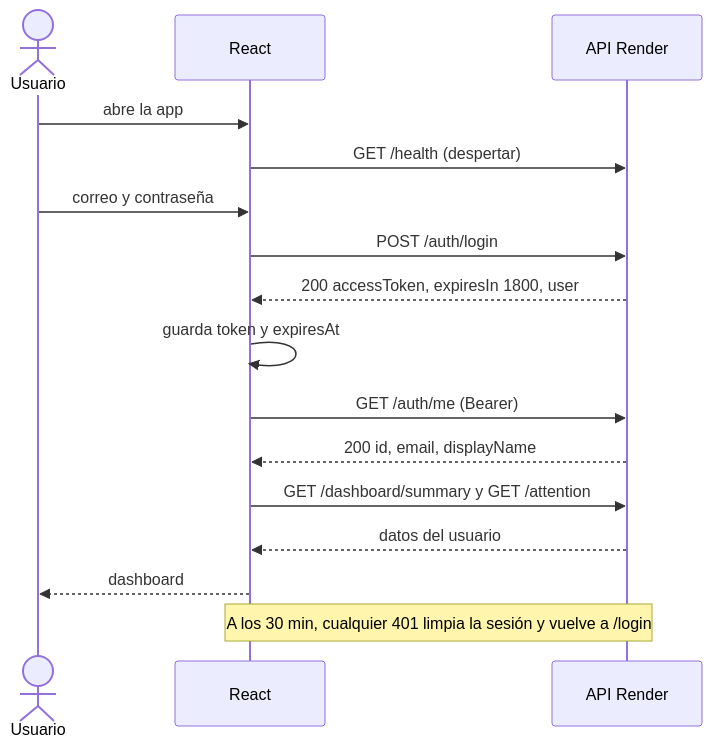
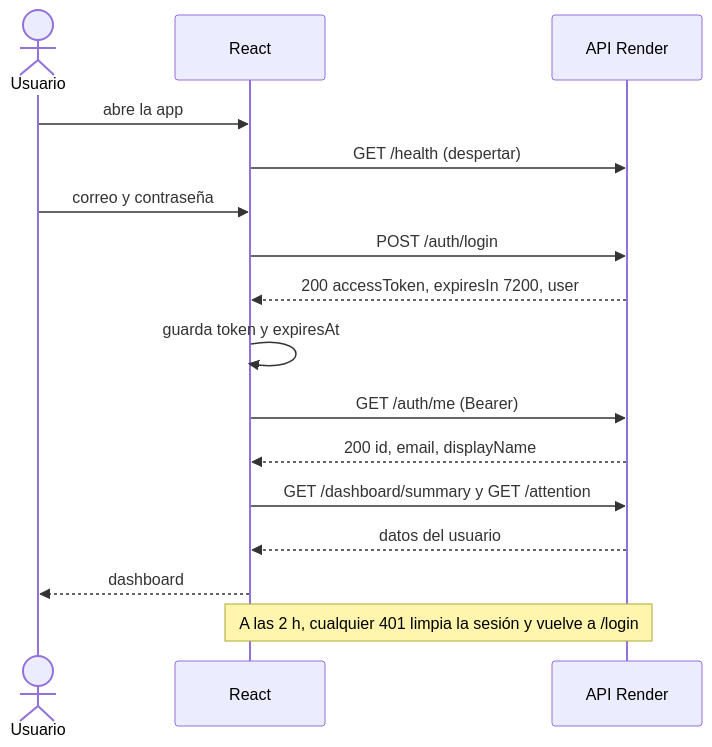
Before and after one commit to Eliza-05/notihouse-pal: the third of 7 diagrams in docs/frontend/GUIA_FRONTEND_NOTIHOUSE_PAL.md, drawn with Mermaid. The commit also changed other lines of this file and 27 other files, not shown here.

````diff
--- a/docs/frontend/GUIA_FRONTEND_NOTIHOUSE_PAL.md
+++ b/docs/frontend/GUIA_FRONTEND_NOTIHOUSE_PAL.md
@@ -1159,18 +1159,18 @@
 ```mermaid
 sequenceDiagram
   actor U as Usuario
   participant R as React
   participant A as API Render
   U->>R: abre la app
   R->>A: GET /health (despertar)
   U->>R: correo y contraseña
   R->>A: POST /auth/login
-  A-->>R: 200 accessToken, expiresIn 1800, user
+  A-->>R: 200 accessToken, expiresIn 7200, user
   R->>R: guarda token y expiresAt
   R->>A: GET /auth/me (Bearer)
   A-->>R: 200 id, email, displayName
   R->>A: GET /dashboard/summary y GET /attention
   A-->>R: datos del usuario
   R-->>U: dashboard
-  Note over R,A: A los 30 min, cualquier 401 limpia la sesión y vuelve a /login
+  Note over R,A: A las 2 h, cualquier 401 limpia la sesión y vuelve a /login
 ```
````
